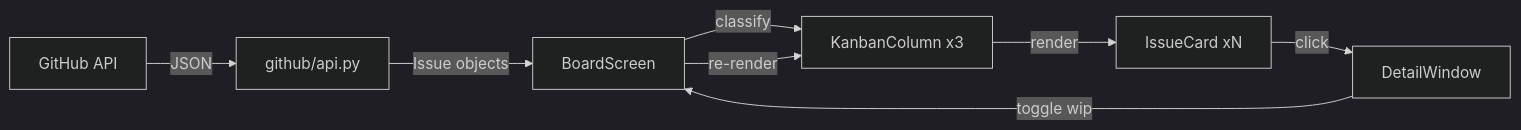
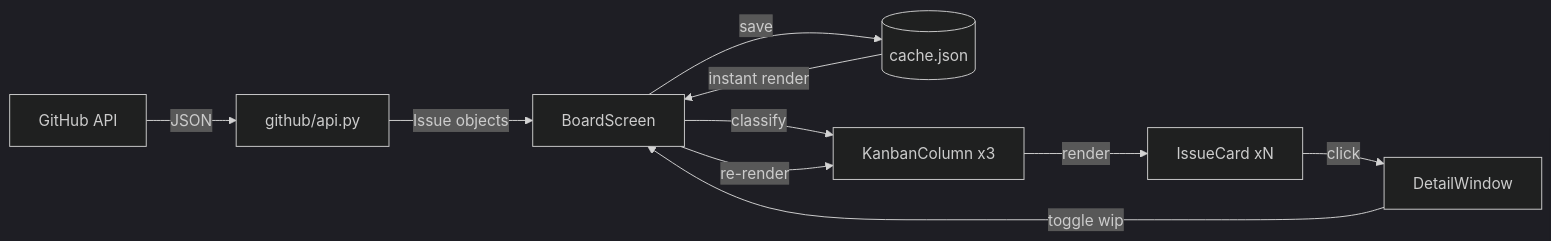
One commit to Gabriel-V-Maia/issueboard changed the sixth of 7 diagrams in ARCHITECTURE.md. Above: the diagram before and after it, drawn with Mermaid (dark theme). The commit also changed other lines of this file, not shown here.

First line of the commit message:
docs: revise architecture documentation and add cache details

````diff
--- a/ARCHITECTURE.md
+++ b/ARCHITECTURE.md
@@ -151,10 +153,12 @@
 ```mermaid
 flowchart LR
     GH[GitHub API] -->|JSON| api[github/api.py]
     api -->|Issue objects| board[BoardScreen]
+    board -->|save| cache[(cache.json)]
+    cache -->|instant render| board
     board -->|classify| cols[KanbanColumn x3]
     cols -->|render| cards[IssueCard xN]
     cards -->|click| detail[DetailWindow]
     detail -->|toggle wip| board
     board -->|re-render| cols
 ```
````
